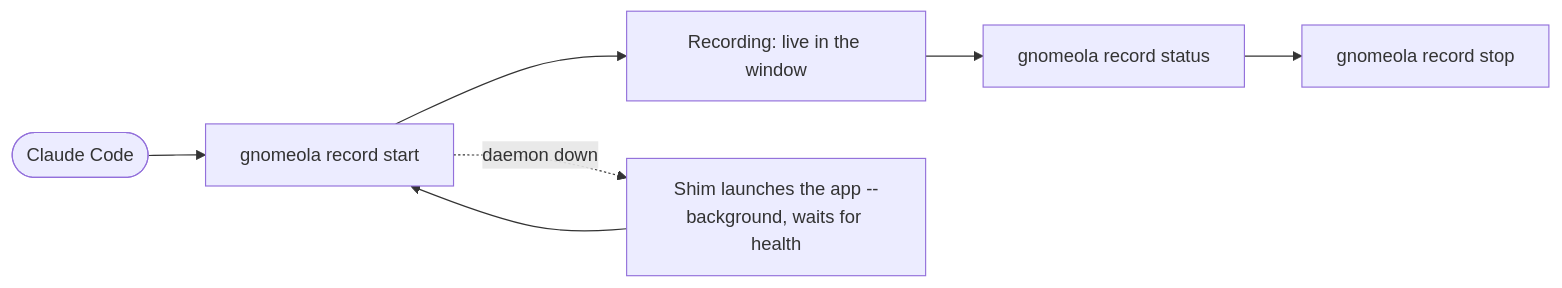
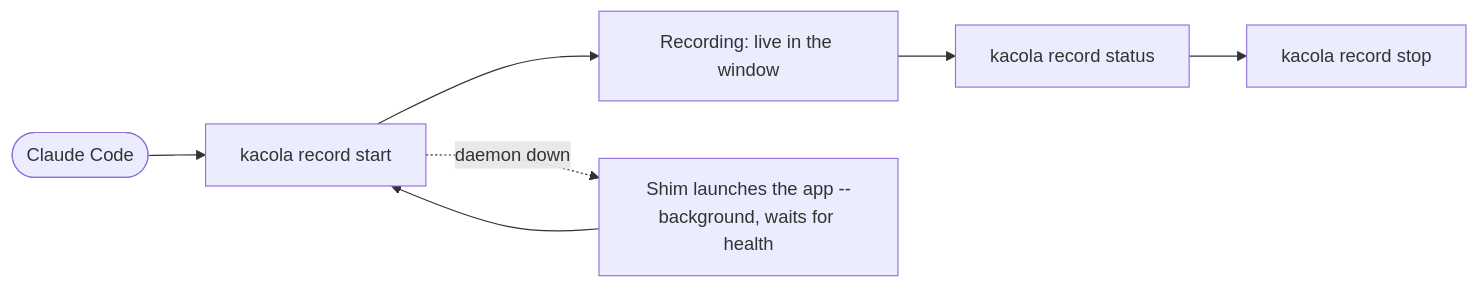
The ninth of 44 diagrams in docs/user-stories.md (Kacper-Lubisz/kacola), drawn with Mermaid before and after one commit. The commit also changed other lines of this file and 676 other files, not shown here.

First line of the commit message:
Rename gnomeola to kacola: packages, commands, ids, env vars, paths and text

````diff
--- a/docs/user-stories.md
+++ b/docs/user-stories.md
@@ -354,11 +354,11 @@
 ```mermaid
 flowchart LR
-  A([Claude Code]) --> B[gnomeola record start]
+  A([Claude Code]) --> B[kacola record start]
   B --> C[Recording: live in the window]
-  C --> D[gnomeola record status]
-  D --> E[gnomeola record stop]
+  C --> D[kacola record status]
+  D --> E[kacola record stop]
   B -.daemon down.-> F[Shim launches the app --background, waits for health]
   F --> B
   %% shot: B = agent-record__cli__record-status
   %% shot: C = agent-record__window__session-appears
 ```
````
